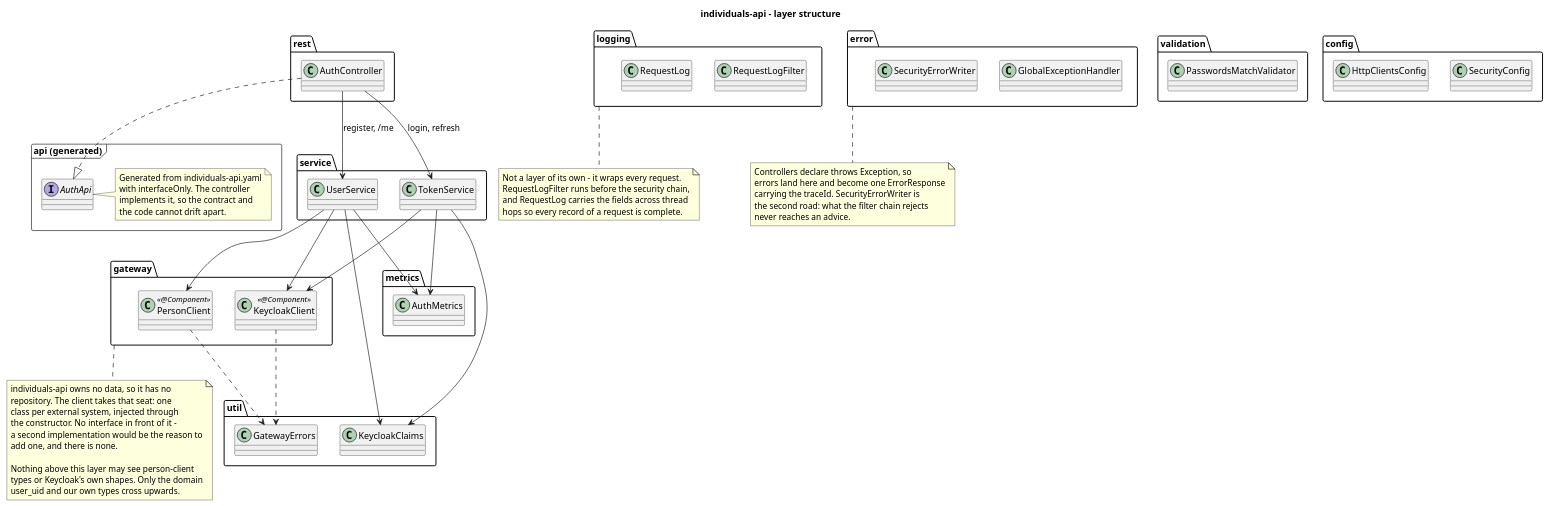
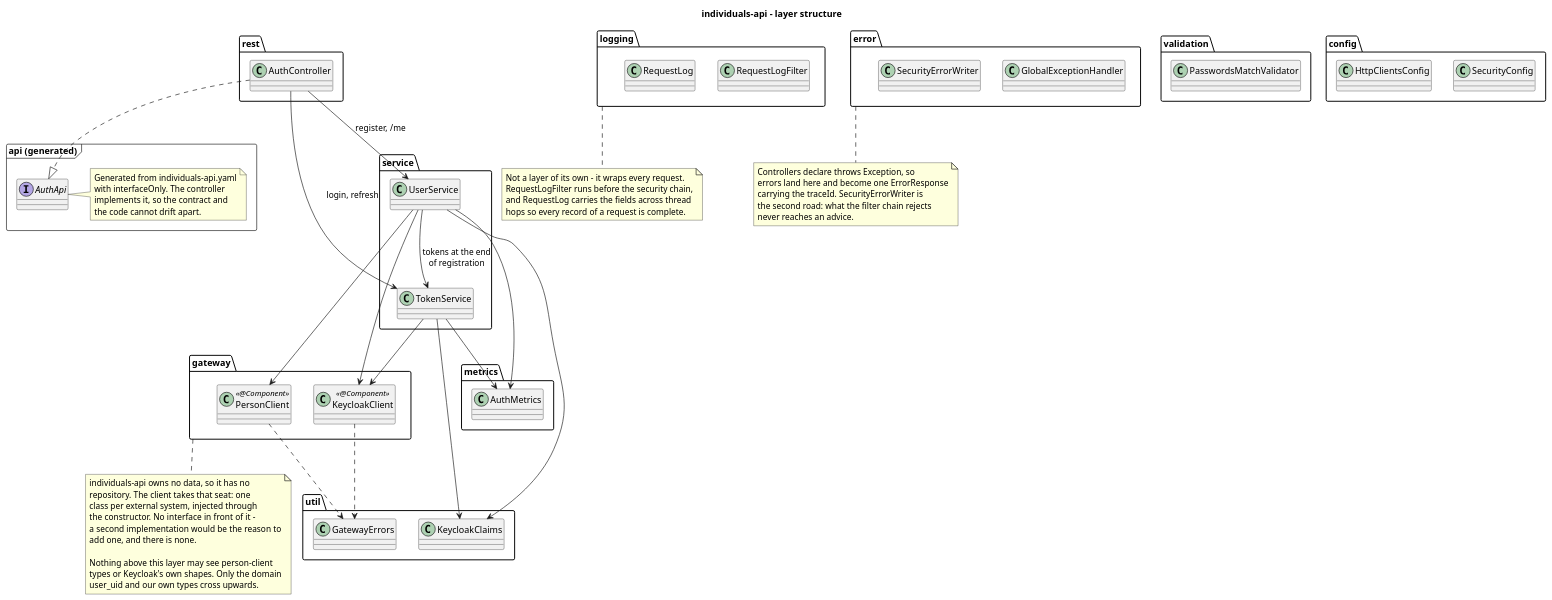
The diagram in docs/puml-diagrams/layers.puml (dezxxx/payment-platform), drawn with PlantUML before and after one commit. The commit also changed 21 other files, not shown here.

First line of the commit message:
feat: name every scenario step as a span and issue tokens through TokenService

```diff
--- a/docs/puml-diagrams/layers.puml
+++ b/docs/puml-diagrams/layers.puml
@@ -1,103 +1,104 @@
 @startuml layers
 title individuals-api - layer structure
 
 skinparam shadowing false
 skinparam classAttributeIconSize 0
 
 package "api (generated)" <<Frame>> {
   interface AuthApi
   note right of AuthApi
     Generated from individuals-api.yaml
     with interfaceOnly. The controller
     implements it, so the contract and
     the code cannot drift apart.
   end note
 }
 
 package rest {
   class AuthController
 }
 
 package service {
   class UserService
   class TokenService
 }
 
 package gateway {
   class PersonClient <<@Component>>
   class KeycloakClient <<@Component>>
 }
 
 package validation {
   class PasswordsMatchValidator
 }
 
 package error {
   class GlobalExceptionHandler
   class SecurityErrorWriter
 }
 
 package logging {
   class RequestLogFilter
   class RequestLog
 }
 
 package config {
   class SecurityConfig
   class HttpClientsConfig
 }
 
 package util {
   class KeycloakClaims
   class GatewayErrors
 }
 
 package metrics {
   class AuthMetrics
 }
 
 AuthController ..|> AuthApi
 AuthController --> UserService : register, /me
 AuthController --> TokenService : login, refresh
 
 UserService --> PersonClient
 UserService --> KeycloakClient
+UserService --> TokenService : tokens at the end\nof registration
 TokenService --> KeycloakClient
 
 UserService --> AuthMetrics
 TokenService --> AuthMetrics
 UserService --> KeycloakClaims
 TokenService --> KeycloakClaims
 
 PersonClient ..> GatewayErrors
 KeycloakClient ..> GatewayErrors
 
 note bottom of gateway
   individuals-api owns no data, so it has no
   repository. The client takes that seat: one
   class per external system, injected through
   the constructor. No interface in front of it -
   a second implementation would be the reason to
   add one, and there is none.
 
   Nothing above this layer may see person-client
   types or Keycloak's own shapes. Only the domain
   user_uid and our own types cross upwards.
 end note
 
 note bottom of logging
   Not a layer of its own - it wraps every request.
   RequestLogFilter runs before the security chain,
   and RequestLog carries the fields across thread
   hops so every record of a request is complete.
 end note
 
 note bottom of error
   Controllers declare throws Exception, so
   errors land here and become one ErrorResponse
   carrying the traceId. SecurityErrorWriter is
   the second road: what the filter chain rejects
   never reaches an advice.
 end note
 
 @enduml
```
